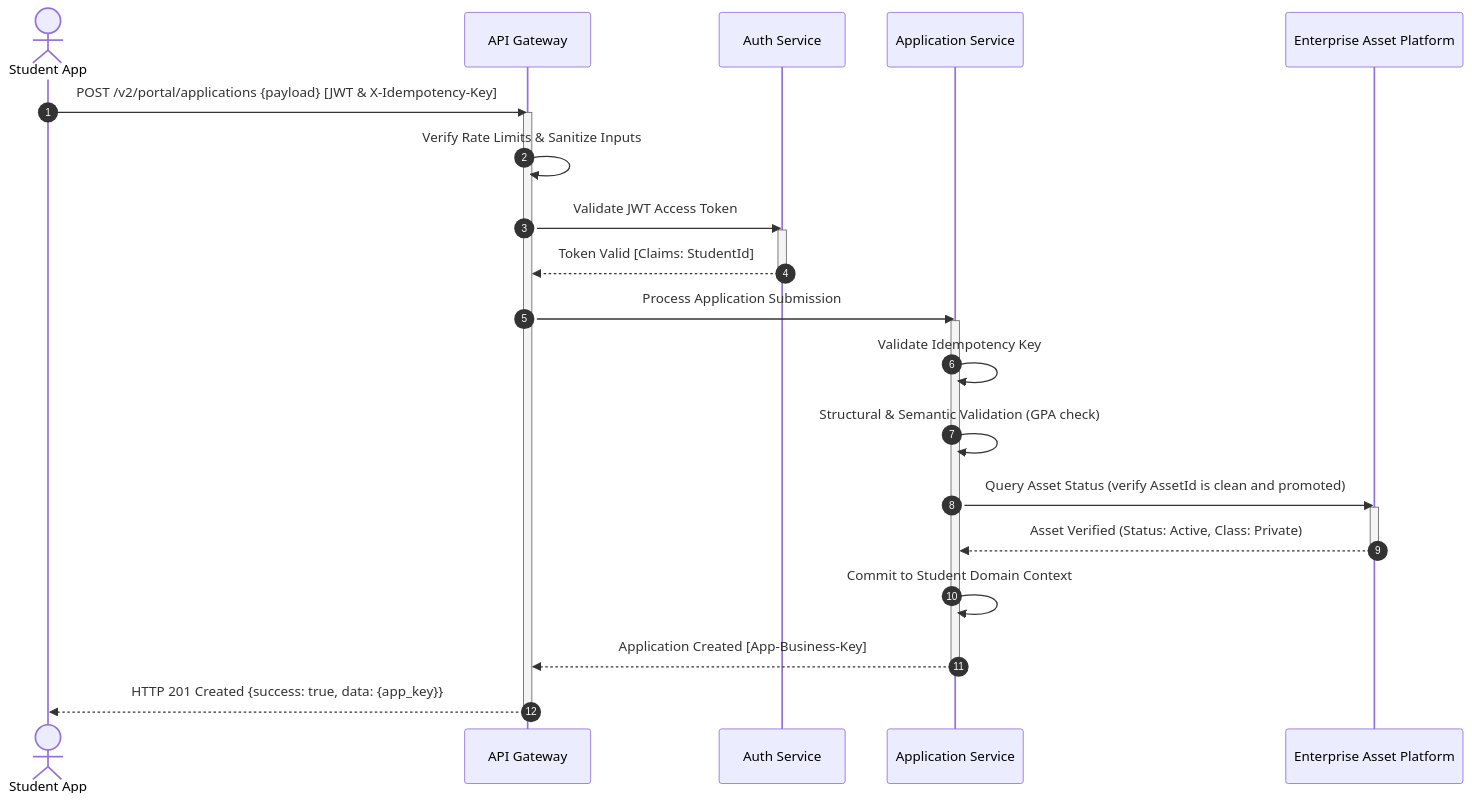
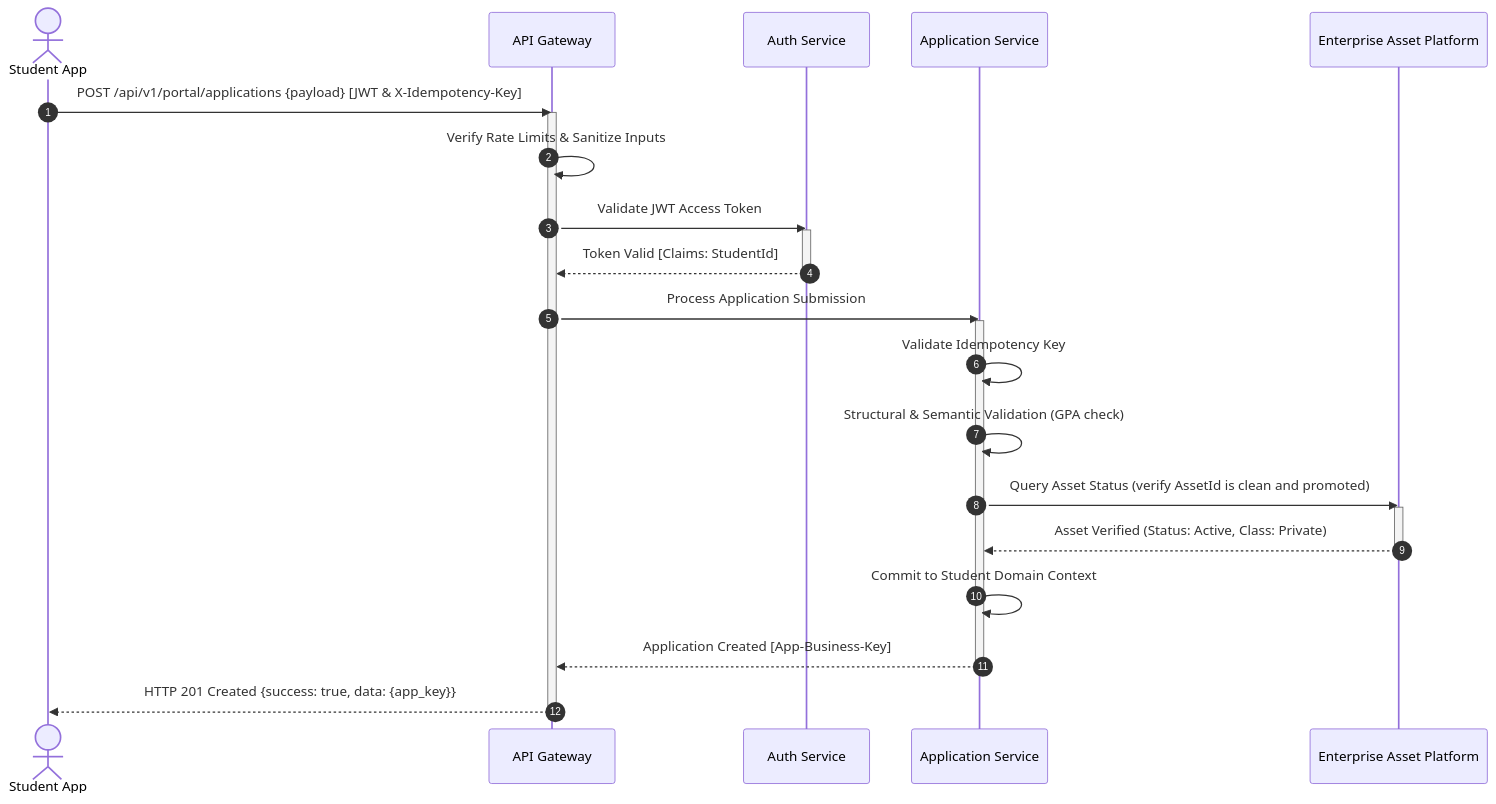
Before and after one commit to wegdangamil2022-oss/MANARATAK_FINAL: the diagram in docs/phases/phase-02-solution-architecture/phase-02-12-api-architecture-design.md, drawn with Mermaid. The commit also changed other lines of this file and 172 other files, not shown here.

````diff
--- a/docs/phases/phase-02-solution-architecture/phase-02-12-api-architecture-design.md
+++ b/docs/phases/phase-02-solution-architecture/phase-02-12-api-architecture-design.md
@@ -463,34 +466,34 @@
 ```mermaid
 sequenceDiagram
     autonumber
     actor Student as Student App
     participant GW as API Gateway
     participant AuthS as Auth Service
     participant AppS as Application Service
     participant EAP as Enterprise Asset Platform
 
-    Student->>GW: POST /v2/portal/applications {payload} [JWT & X-Idempotency-Key]
+    Student->>GW: POST /api/v1/portal/applications {payload} [JWT & X-Idempotency-Key]
     activate GW
     GW->>GW: Verify Rate Limits & Sanitize Inputs
     GW->>AuthS: Validate JWT Access Token
     activate AuthS
     AuthS-->>GW: Token Valid [Claims: StudentId]
     deactivate AuthS
 
     GW->>AppS: Process Application Submission
     activate AppS
     AppS->>AppS: Validate Idempotency Key
     AppS->>AppS: Structural & Semantic Validation (GPA check)
 
     AppS->>EAP: Query Asset Status (verify AssetId is clean and promoted)
     activate EAP
     EAP-->>AppS: Asset Verified (Status: Active, Class: Private)
     deactivate EAP
 
     AppS->>AppS: Commit to Student Domain Context
     AppS-->>GW: Application Created [App-Business-Key]
     deactivate AppS
 
     GW-->>Student: HTTP 201 Created {success: true, data: {app_key}}
     deactivate GW
 ```
````
